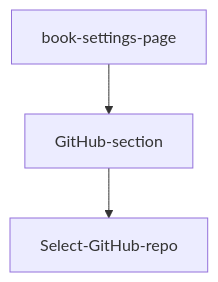
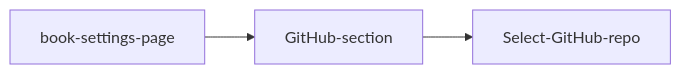
Before and after one commit to ULL-PFPDI-GITBOOK-1617/Elaboracion-de-Material-Docente-con-GitBook: the diagram in gitbook-y-github.md, drawn with Mermaid.

Commit message:
Updates gitbook-y-github.md
Auto commit by GitBook Editor

```diff
--- a/gitbook-y-github.md
+++ b/gitbook-y-github.md
@@ -42,5 +42,5 @@
 {% mermaid %}
-graph TD;
+graph LR;
   book-settings-page-->GitHub-section;
   GitHub-section-->Select-GitHub-repo;
 {% endmermaid %}
```
